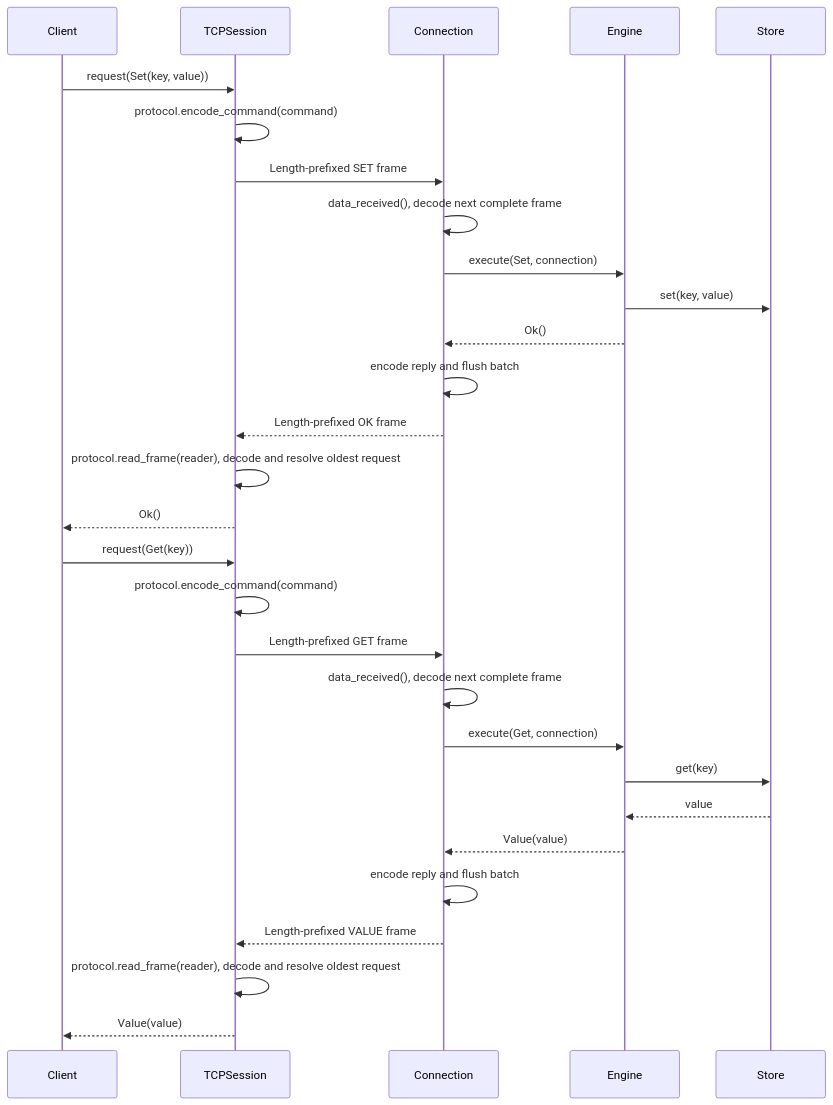
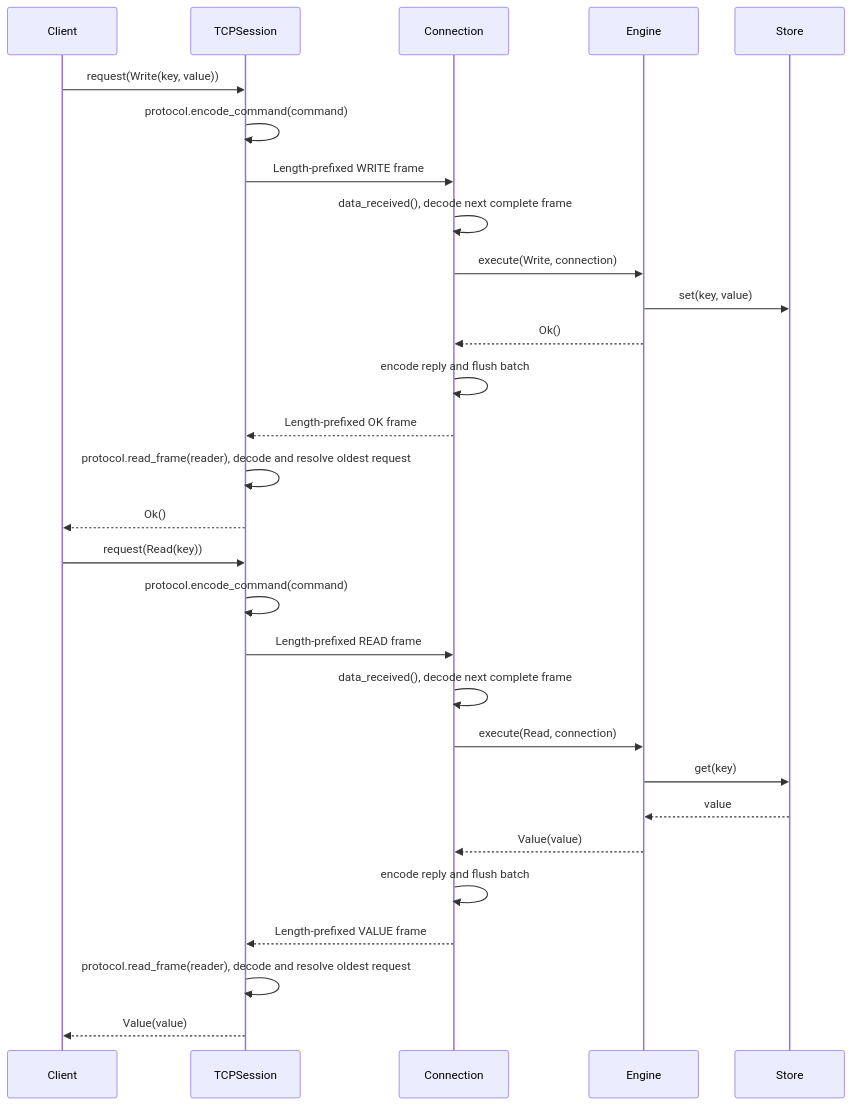
The second of 5 diagrams in README.md (gchape/velis), drawn with Mermaid before and after one commit. The commit also changed other lines of this file and 58 other files, not shown here.

````diff
--- a/README.md
+++ b/README.md
@@ -214,33 +274,33 @@
 ```mermaid
 sequenceDiagram
     participant C as Client
     participant T as TCPSession
     participant S as Connection
     participant E as Engine
     participant K as Store
 
-    C->>T: request(Set(key, value))
+    C->>T: request(Write(key, value))
     T->>T: protocol.encode_command(command)
-    T->>S: Length-prefixed SET frame
+    T->>S: Length-prefixed WRITE frame
     S->>S: data_received(), decode next complete frame
-    S->>E: execute(Set, connection)
+    S->>E: execute(Write, connection)
     E->>K: set(key, value)
     E-->>S: Ok()
     S->>S: encode reply and flush batch
     S-->>T: Length-prefixed OK frame
     T->>T: protocol.read_frame(reader), decode and resolve oldest request
     T-->>C: Ok()
 
-    C->>T: request(Get(key))
+    C->>T: request(Read(key))
     T->>T: protocol.encode_command(command)
-    T->>S: Length-prefixed GET frame
+    T->>S: Length-prefixed READ frame
     S->>S: data_received(), decode next complete frame
-    S->>E: execute(Get, connection)
+    S->>E: execute(Read, connection)
     E->>K: get(key)
     K-->>E: value
     E-->>S: Value(value)
     S->>S: encode reply and flush batch
     S-->>T: Length-prefixed VALUE frame
     T->>T: protocol.read_frame(reader), decode and resolve oldest request
     T-->>C: Value(value)
 ```
````
